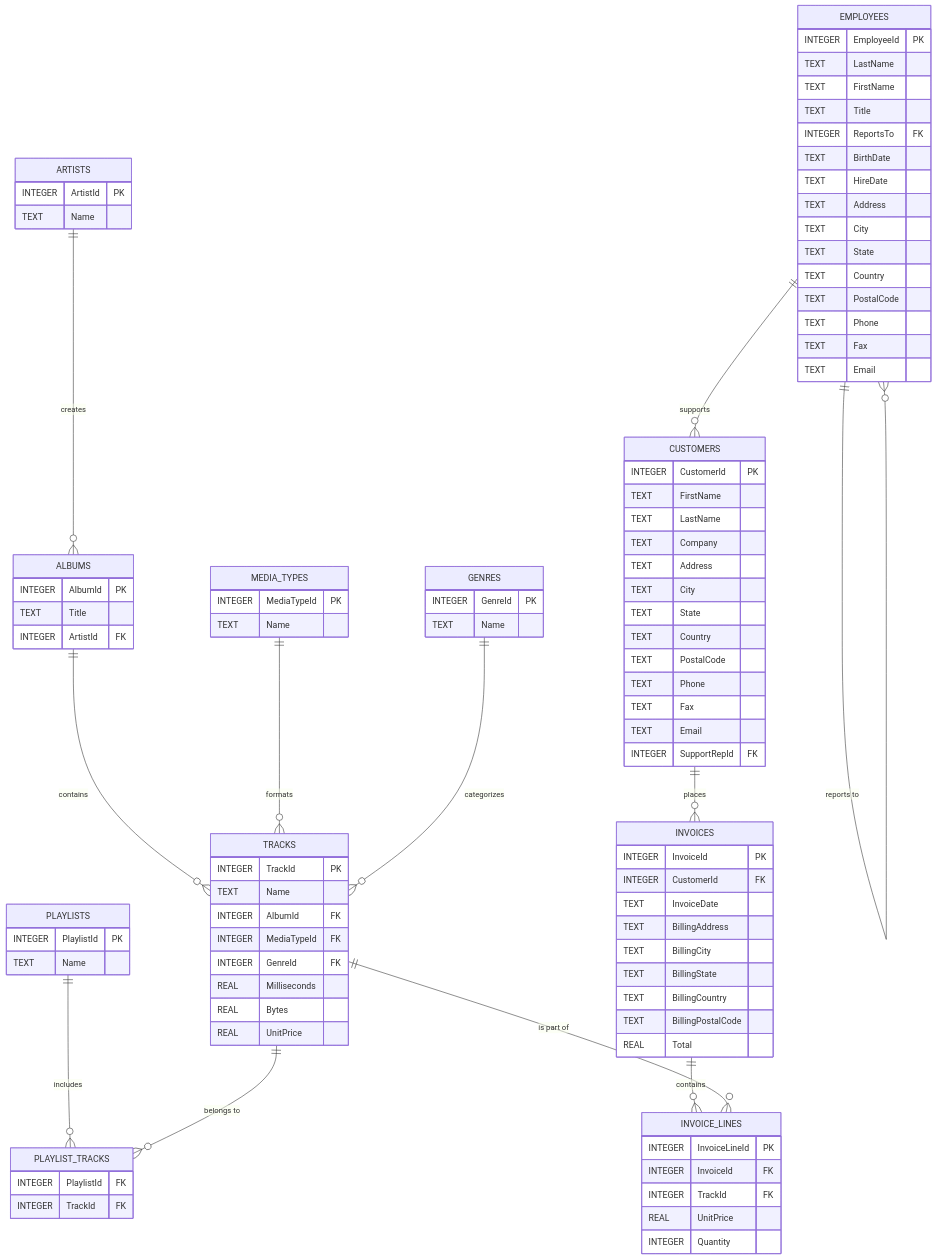
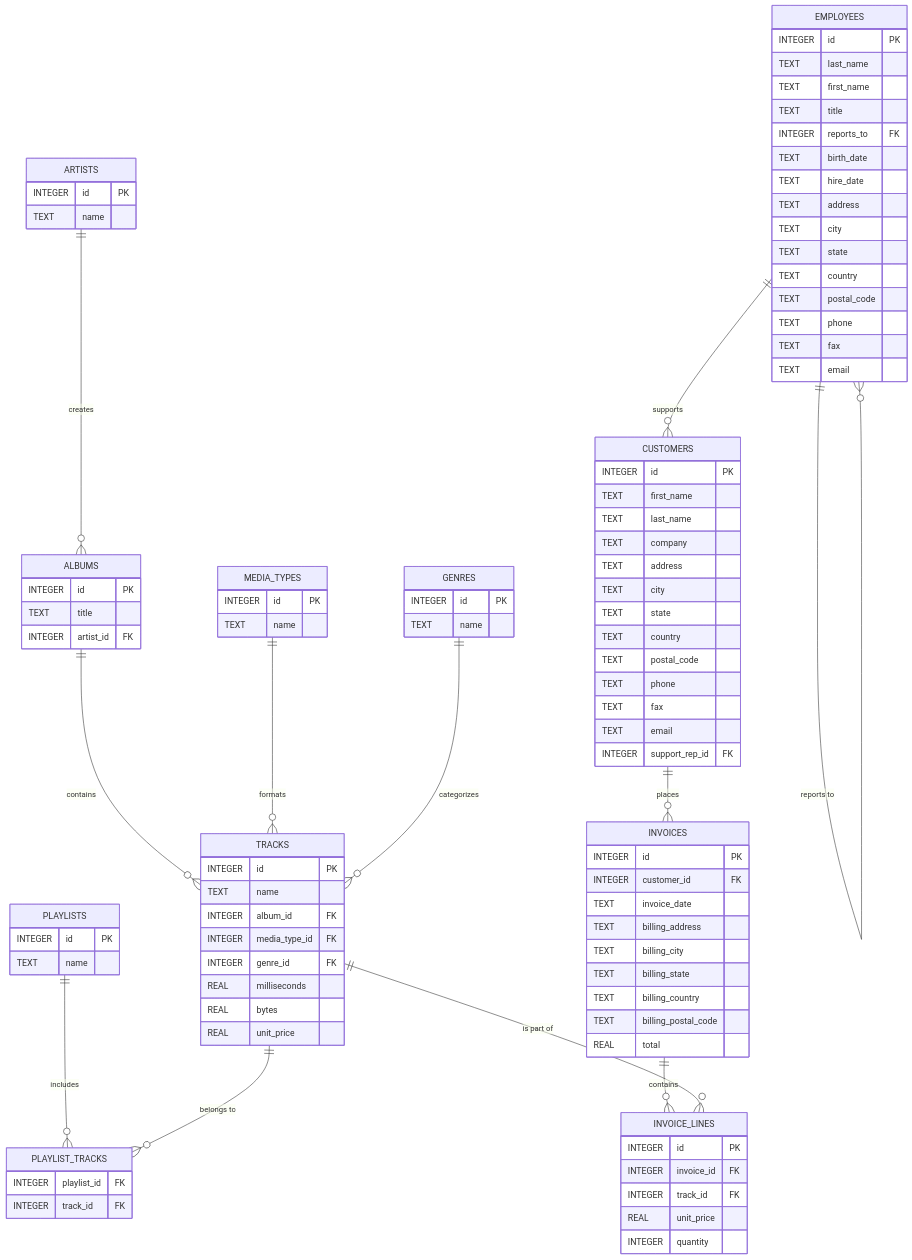
Before and after one commit to angelogalantiscuola/IT: the diagram in _ex/db/music-store.md, drawn with Mermaid. The commit also changed 1 other file, not shown here.

Commit message:
Refactor database schema in Mermaid diagrams for consistency and clarity

````diff
--- a/_ex/db/music-store.md
+++ b/_ex/db/music-store.md
@@ -1,89 +1,89 @@
 ```mermaid
 erDiagram
     ALBUMS {
-        INTEGER AlbumId PK
-        TEXT Title
-        INTEGER ArtistId FK
+        INTEGER id PK
+        TEXT title
+        INTEGER artist_id FK
     }
     ARTISTS {
-        INTEGER ArtistId PK
-        TEXT Name
+        INTEGER id PK
+        TEXT name
     }
     TRACKS {
-        INTEGER TrackId PK
-        TEXT Name
-        INTEGER AlbumId FK
-        INTEGER MediaTypeId FK
-        INTEGER GenreId FK
-        REAL Milliseconds
-        REAL Bytes
-        REAL UnitPrice
+        INTEGER id PK
+        TEXT name
+        INTEGER album_id FK
+        INTEGER media_type_id FK
+        INTEGER genre_id FK
+        REAL milliseconds
+        REAL bytes
+        REAL unit_price
     }
     MEDIA_TYPES {
-        INTEGER MediaTypeId PK
-        TEXT Name
+        INTEGER id PK
+        TEXT name
     }
     GENRES {
-        INTEGER GenreId PK
-        TEXT Name
+        INTEGER id PK
+        TEXT name
     }
     PLAYLISTS {
-        INTEGER PlaylistId PK
-        TEXT Name
+        INTEGER id PK
+        TEXT name
     }
     PLAYLIST_TRACKS {
-        INTEGER PlaylistId FK
-        INTEGER TrackId FK
+        INTEGER playlist_id FK
+        INTEGER track_id FK
     }
     CUSTOMERS {
-        INTEGER CustomerId PK
-        TEXT FirstName
-        TEXT LastName
-        TEXT Company
-        TEXT Address
-        TEXT City
-        TEXT State
-        TEXT Country
-        TEXT PostalCode
-        TEXT Phone
-        TEXT Fax
-        TEXT Email
-        INTEGER SupportRepId FK
+        INTEGER id PK
+        TEXT first_name
+        TEXT last_name
+        TEXT company
+        TEXT address
+        TEXT city
+        TEXT state
+        TEXT country
+        TEXT postal_code
+        TEXT phone
+        TEXT fax
+        TEXT email
+        INTEGER support_rep_id FK
     }
     INVOICES {
-        INTEGER InvoiceId PK
-        INTEGER CustomerId FK
-        TEXT InvoiceDate
-        TEXT BillingAddress
-        TEXT BillingCity
-        TEXT BillingState
-        TEXT BillingCountry
-        TEXT BillingPostalCode
-        REAL Total
+        INTEGER id PK
+        INTEGER customer_id FK
+        TEXT invoice_date
+        TEXT billing_address
+        TEXT billing_city
+        TEXT billing_state
+        TEXT billing_country
+        TEXT billing_postal_code
+        REAL total
     }
     INVOICE_LINES {
-        INTEGER InvoiceLineId PK
-        INTEGER InvoiceId FK
-        INTEGER TrackId FK
-        REAL UnitPrice
-        INTEGER Quantity
+        INTEGER id PK
+        INTEGER invoice_id FK
+        INTEGER track_id FK
+        REAL unit_price
+        INTEGER quantity
     }
     EMPLOYEES {
-        INTEGER EmployeeId PK
-        TEXT LastName
-        TEXT FirstName
-        TEXT Title
-        INTEGER ReportsTo FK
-        TEXT BirthDate
-        TEXT HireDate
-        TEXT Address
-        TEXT City
-        TEXT State
-        TEXT Country
-        TEXT PostalCode
-        TEXT Phone
-        TEXT Fax
-        TEXT Email
+        INTEGER id PK
+        TEXT last_name
+        TEXT first_name
+        TEXT title
+        INTEGER reports_to FK
+        TEXT birth_date
+        TEXT hire_date
+        TEXT address
+        TEXT city
+        TEXT state
+        TEXT country
+        TEXT postal_code
+        TEXT phone
+        TEXT fax
+        TEXT email
     }
 
     ALBUMS ||--o{ TRACKS : "contains"
````
